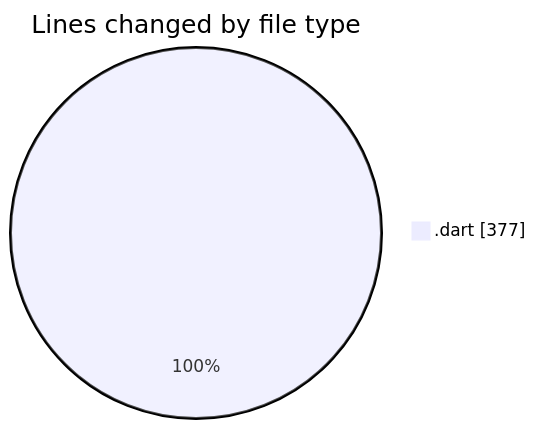
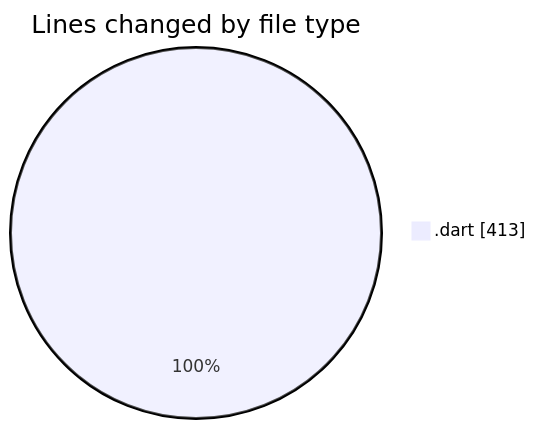
One commit to donsfak/code-tracking changed the first of 2 diagrams in 2025-02-27/uber_clone/README.md. Above: the diagram before and after it, drawn with Mermaid. The commit also changed other lines of this file and 1 other file, not shown here.

````diff
--- a/2025-02-27/uber_clone/README.md
+++ b/2025-02-27/uber_clone/README.md
@@ -20,5 +21,5 @@
 ```mermaid
 pie showData
 title Lines changed by file type
-".dart" : 377
+".dart" : 413
 ```
````
